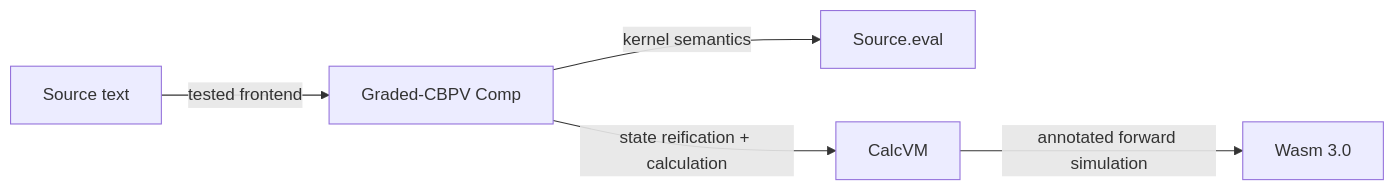
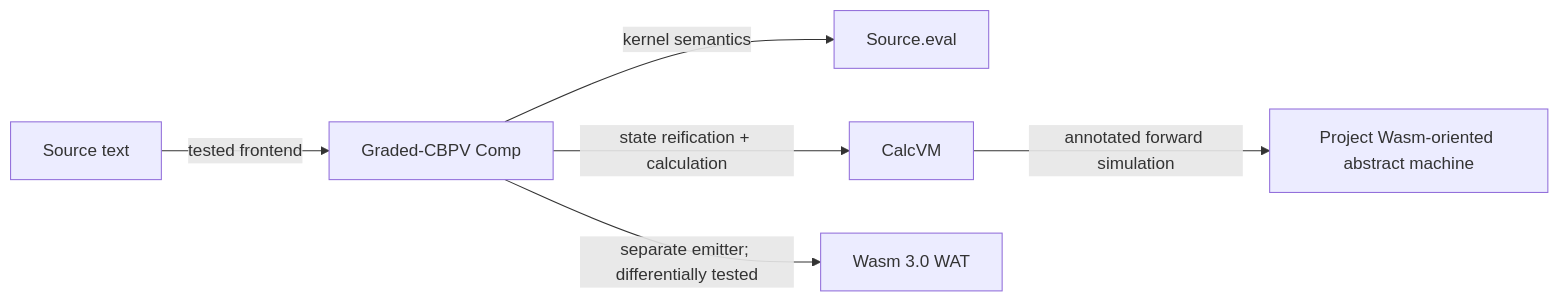
One commit to phibkro/bang changed the diagram in README.md. Above: the diagram before and after it, drawn with Mermaid. The commit also changed other lines of this file and 21 other files, not shown here.

````diff
--- a/README.md
+++ b/README.md
@@ -68,7 +68,8 @@
 ```mermaid
 flowchart LR
   S[Source text] -->|tested frontend| C[Graded-CBPV Comp]
   C -->|kernel semantics| O[Source.eval]
   C -->|state reification + calculation| VM[CalcVM]
-  VM -->|annotated forward simulation| W[Wasm 3.0]
+  VM -->|annotated forward simulation| F[Project Wasm-oriented abstract machine]
+  C -->|separate emitter; differentially tested| W[Wasm 3.0 WAT]
 ```
````
